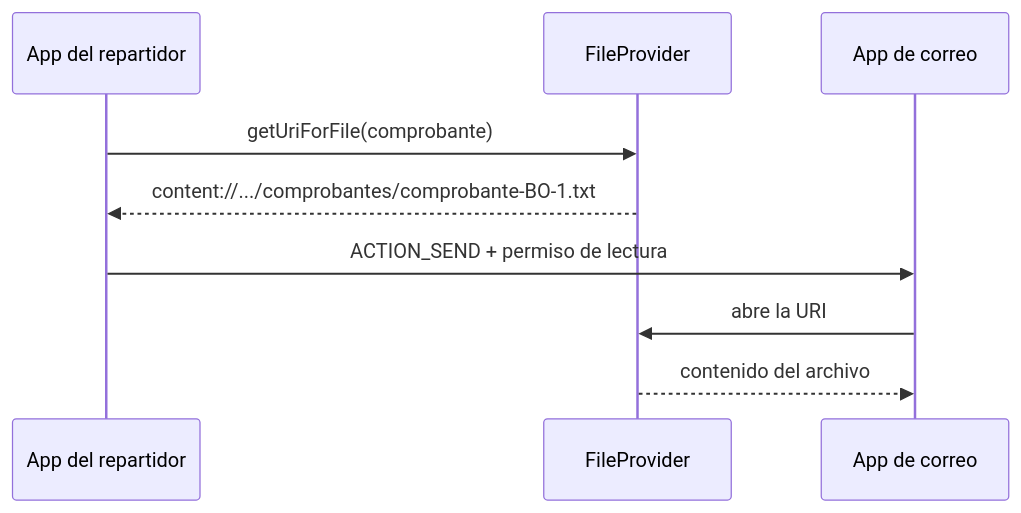
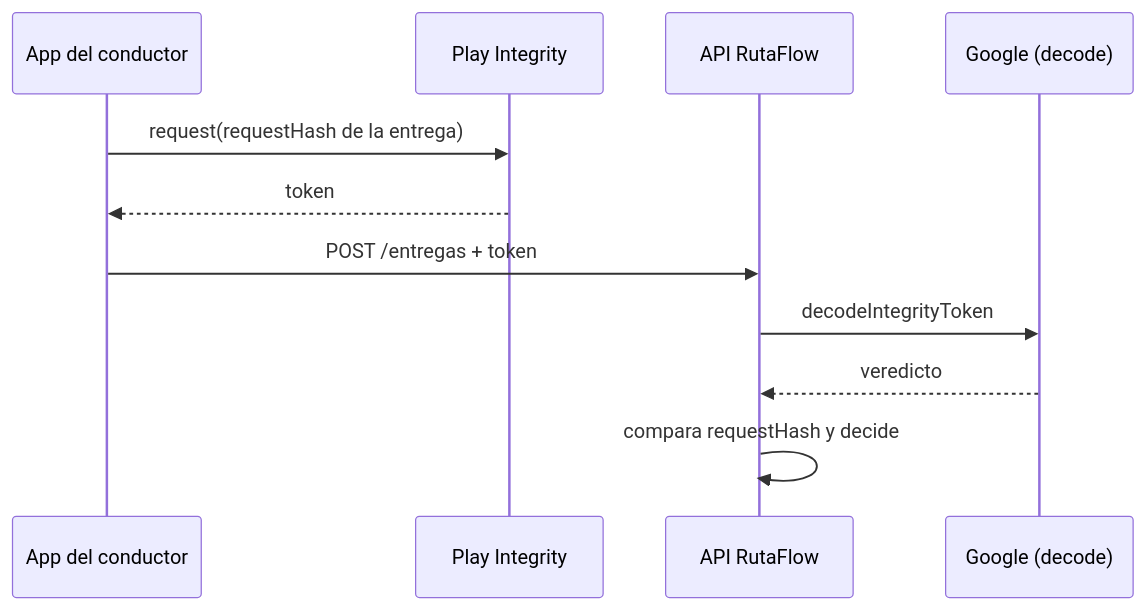
One commit to NICORUIZ93/The_Imperial_Book changed the seventh of 9 diagrams in web/public/content/android/modulo-15.md. Above: the diagram before and after it, drawn with Mermaid. The commit also changed other lines of this file and 305 other files, not shown here.

````diff
--- a/web/public/content/android/modulo-15.md
+++ b/web/public/content/android/modulo-15.md
@@ -344,11 +410,13 @@
 ```mermaid
 sequenceDiagram
-    participant A as App del repartidor
-    participant F as FileProvider
-    participant C as App de correo
-    A->>F: getUriForFile(comprobante)
-    F-->>A: content://.../comprobantes/comprobante-BO-1.txt
-    A->>C: ACTION_SEND + permiso de lectura
-    C->>F: abre la URI
-    F-->>C: contenido del archivo
+    participant A as App del conductor
+    participant P as Play Integrity
+    participant S as API RutaFlow
+    participant G as Google (decode)
+    A->>P: request(requestHash de la entrega)
+    P-->>A: token
+    A->>S: POST /entregas + token
+    S->>G: decodeIntegrityToken
+    G-->>S: veredicto
+    S->>S: compara requestHash y decide
 ```
````
